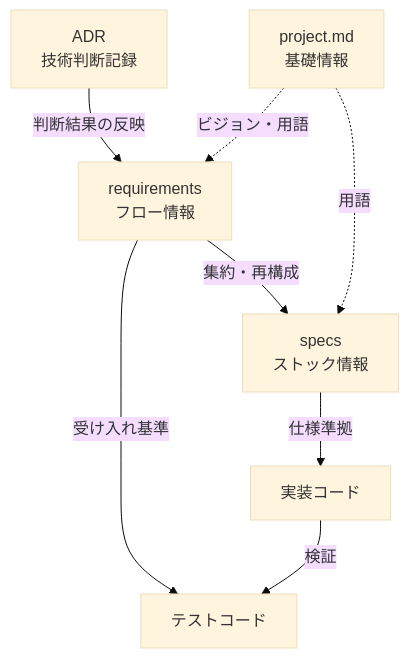
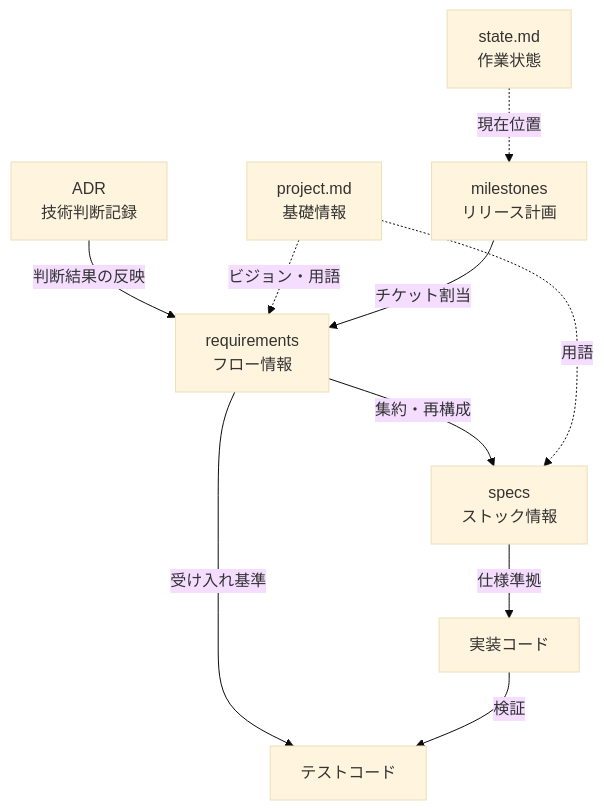
The diagram in docs/guides/01-structure.md (atriumnook/add-template), drawn with Mermaid (base theme) before and after one commit. The commit also changed other lines of this file and 15 other files, not shown here.

````diff
--- a/docs/guides/01-structure.md
+++ b/docs/guides/01-structure.md
@@ -40,10 +58,12 @@
 ```mermaid
 graph TD
     REQ[requirements<br/>フロー情報] -->|集約・再構成| SPECS[specs<br/>ストック情報]
     ADR[ADR<br/>技術判断記録] -->|判断結果の反映| REQ
     REQ -->|受け入れ基準| TEST[テストコード]
     SPECS -->|仕様準拠| CODE[実装コード]
     CODE -->|検証| TEST
     PROJECT[project.md<br/>基礎情報] -.->|ビジョン・用語| REQ
     PROJECT -.->|用語| SPECS
+    MS[milestones<br/>リリース計画] -->|チケット割当| REQ
+    STATE[state.md<br/>作業状態] -.->|現在位置| MS
 ```
````
